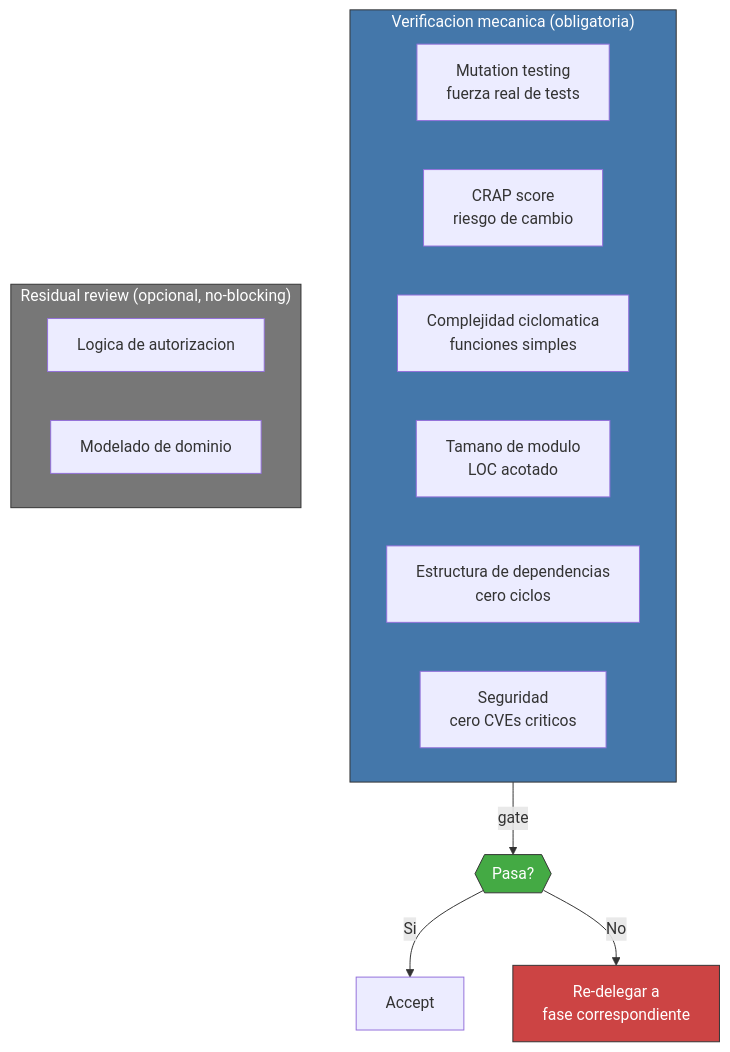
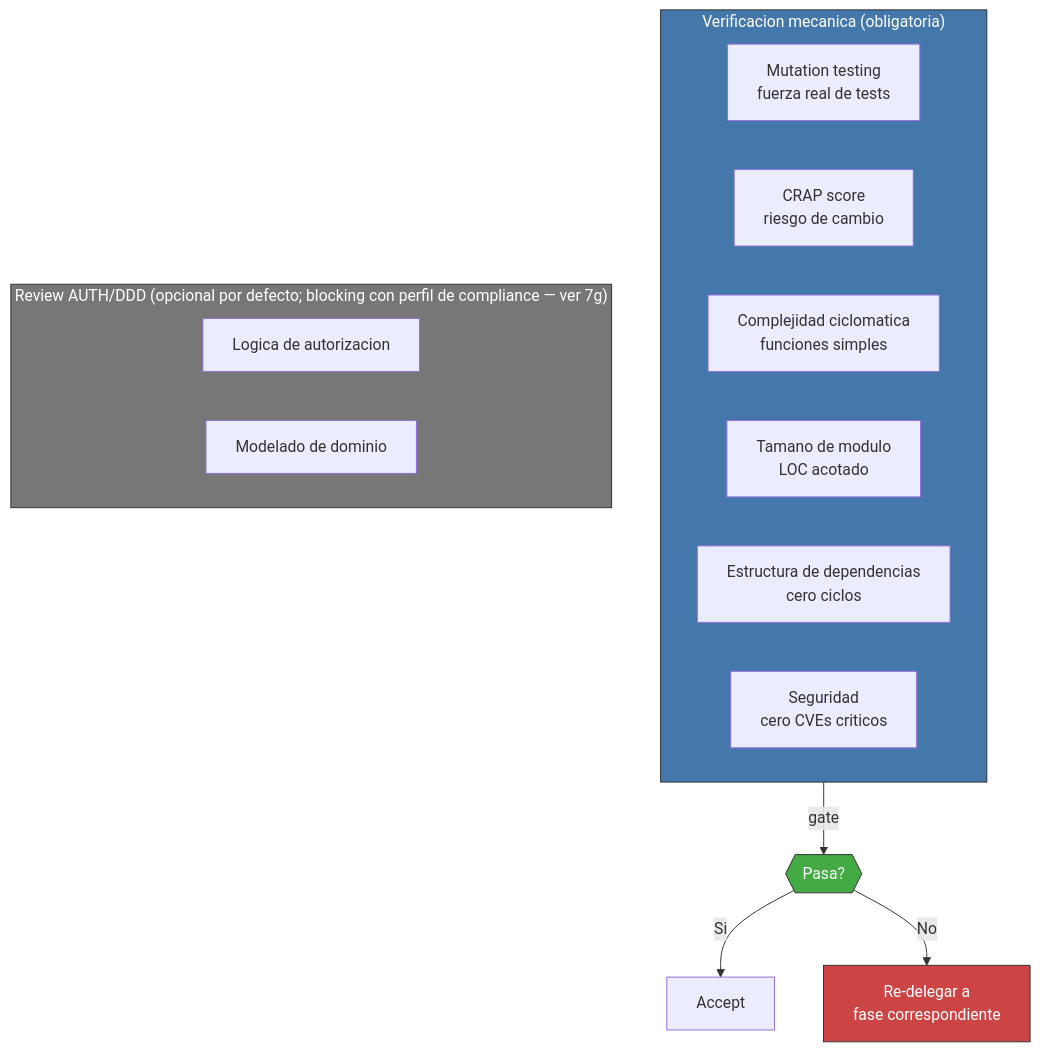
Before and after one commit to virgenherrera/virgil: diagram 40 of 47 in principia/overview.md, drawn with Mermaid. The commit also changed other lines of this file, not shown here.

````diff
--- a/principia/overview.md
+++ b/principia/overview.md
@@ -1179,25 +1383,25 @@
 ```mermaid
 flowchart TD
     subgraph MECANICO["Verificacion mecanica (obligatoria)"]
         MUT["Mutation testing\nfuerza real de tests"]
         CRAP["CRAP score\nriesgo de cambio"]
         CYCL["Complejidad ciclomatica\nfunciones simples"]
         SIZE["Tamano de modulo\nLOC acotado"]
         DEPS["Estructura de dependencias\ncero ciclos"]
         SEC["Seguridad\ncero CVEs criticos"]
     end
 
-    subgraph RESIDUAL["Residual review (opcional, no-blocking)"]
+    subgraph RESIDUAL["Review AUTH/DDD (opcional por defecto; blocking con perfil de compliance — ver 7g)"]
         AUTH["Logica de autorizacion"]
         DDD["Modelado de dominio"]
     end
 
     MECANICO -->|"gate"| PASS{{"Pasa?"}}
     PASS -->|"Si"| ACCEPT["Accept"]
     PASS -->|"No"| BACK["Re-delegar a\nfase correspondiente"]
 
     style MECANICO fill:#47a,stroke:#333,color:#fff
     style RESIDUAL fill:#777,stroke:#333,color:#fff
     style PASS fill:#4a4,stroke:#333,color:#fff
     style BACK fill:#c44,stroke:#333,color:#fff
 ```
````
